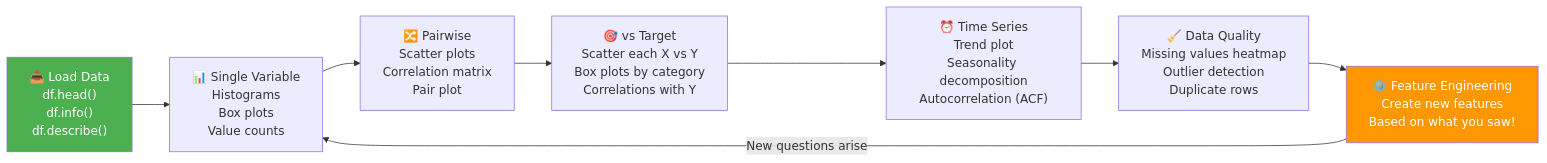
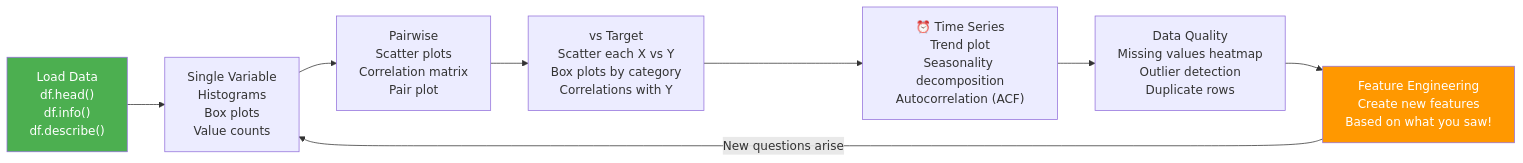
Before and after one commit to NK2552003/Big-Data-Survival-Guide: the third of 5 diagrams in UNITS/UNIT 5/unit-5-english-fun.md, drawn with Mermaid. The commit also changed other lines of this file and 78 other files, not shown here.

````diff
--- a/UNITS/UNIT 5/unit-5-english-fun.md
+++ b/UNITS/UNIT 5/unit-5-english-fun.md
@@ -979,16 +975,16 @@
 ```mermaid
 flowchart LR
-    Load["📥 Load Data\ndf.head()\ndf.info()\ndf.describe()"]
-    Single["📊 Single Variable\nHistograms\nBox plots\nValue counts"]
-    Pairs["🔀 Pairwise\nScatter plots\nCorrelation matrix\nPair plot"]
-    Target["🎯 vs Target\nScatter each X vs Y\nBox plots by category\nCorrelations with Y"]
-    Time["⏰ Time Series\nTrend plot\nSeasonality decomposition\nAutocorrelation (ACF)"]
-    Dirty["🧹 Data Quality\nMissing values heatmap\nOutlier detection\nDuplicate rows"]
-    Feature["⚙️ Feature Engineering\nCreate new features\nBased on what you saw!"]
+ Load[" Load Data\ndf.head()\ndf.info()\ndf.describe()"]
+ Single[" Single Variable\nHistograms\nBox plots\nValue counts"]
+ Pairs[" Pairwise\nScatter plots\nCorrelation matrix\nPair plot"]
+ Target[" vs Target\nScatter each X vs Y\nBox plots by category\nCorrelations with Y"]
+ Time["⏰ Time Series\nTrend plot\nSeasonality decomposition\nAutocorrelation (ACF)"]
+ Dirty[" Data Quality\nMissing values heatmap\nOutlier detection\nDuplicate rows"]
+ Feature[" Feature Engineering\nCreate new features\nBased on what you saw!"]
 
-    Load --> Single --> Pairs --> Target --> Time --> Dirty --> Feature
-    Feature -->|"New questions arise"| Single
+ Load --> Single --> Pairs --> Target --> Time --> Dirty --> Feature
+ Feature -->|"New questions arise"| Single
 
-    style Load fill:#4CAF50,color:#fff
-    style Feature fill:#FF9800,color:#fff
+ style Load fill:#4CAF50,color:#fff
+ style Feature fill:#FF9800,color:#fff
 ```
````
